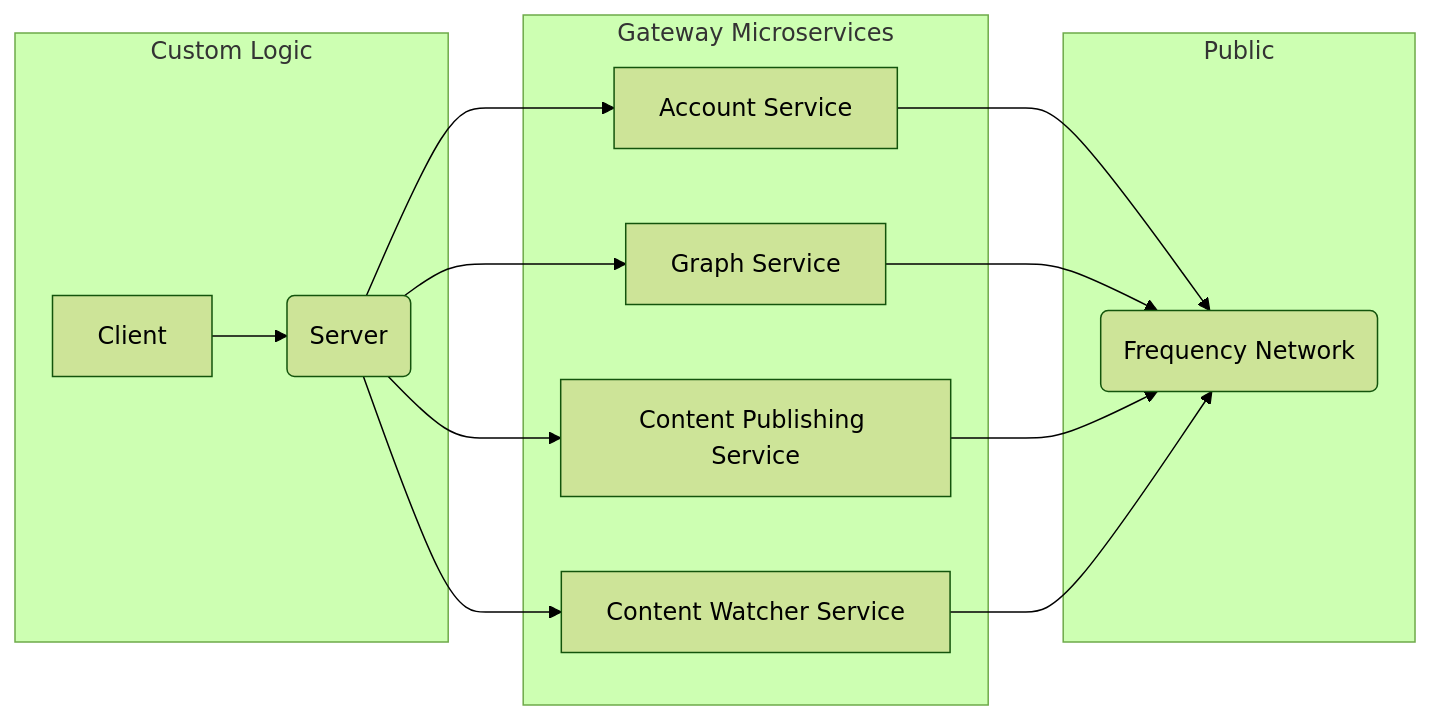
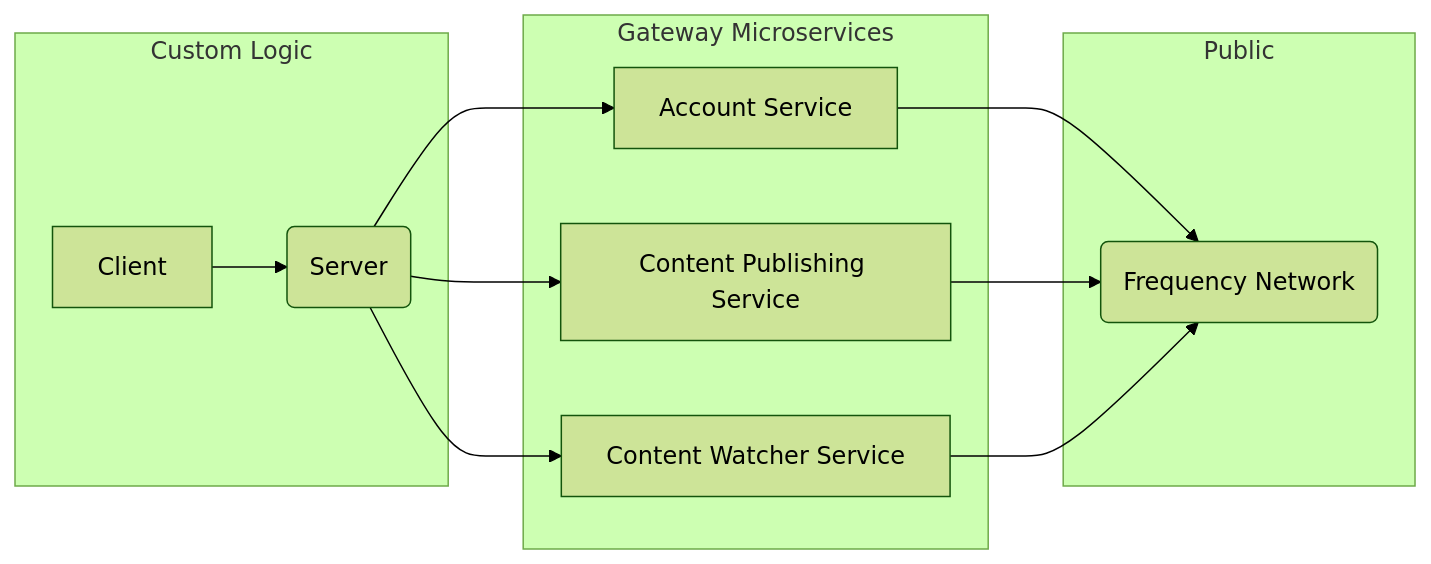
One commit to ProjectLibertyLabs/gateway changed the diagram in README.md. Above: the diagram before and after it, drawn with Mermaid (forest theme). The commit also changed other lines of this file and 132 other files, not shown here.

First line of the commit message:
Remove graph services (#1008)

````diff
--- a/README.md
+++ b/README.md
@@ -99,24 +98,21 @@
 ```mermaid
 flowchart LR
 ;
     subgraph Custom Logic
         C[Client] --> S(Server)
     end
     subgraph Gateway Microservices
         AS[Account Service]
-        GS[Graph Service]
         CPS[Content Publishing Service]
         CWS[Content Watcher Service]
     end
     S --> AS
-    S --> GS
     S --> CPS
     S --> CWS
     subgraph Public
         F(Frequency Network)
     end
     AS --> F
-    GS --> F
     CPS --> F
     CWS --> F
 ```
````
